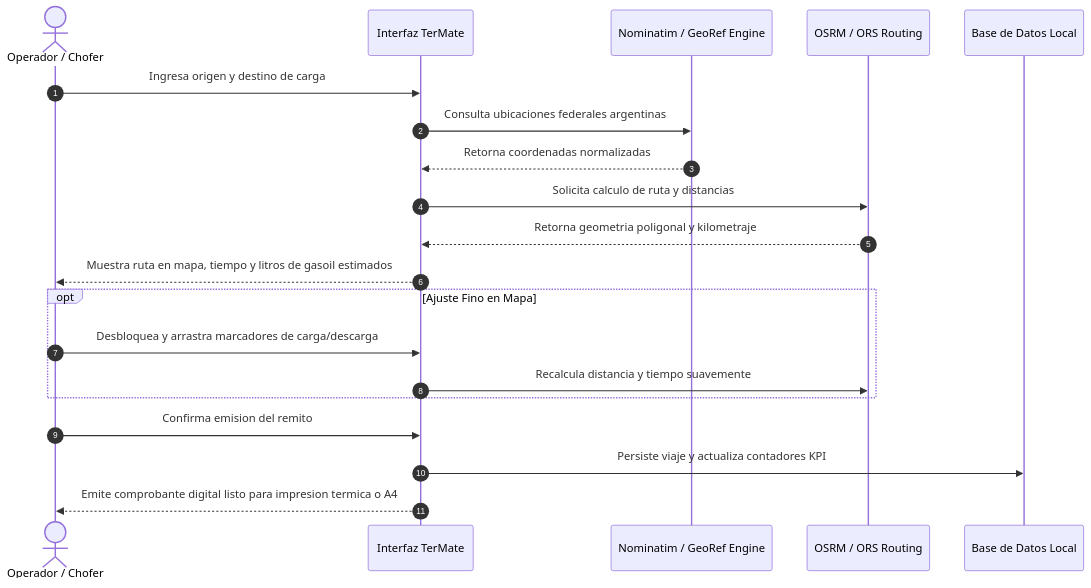
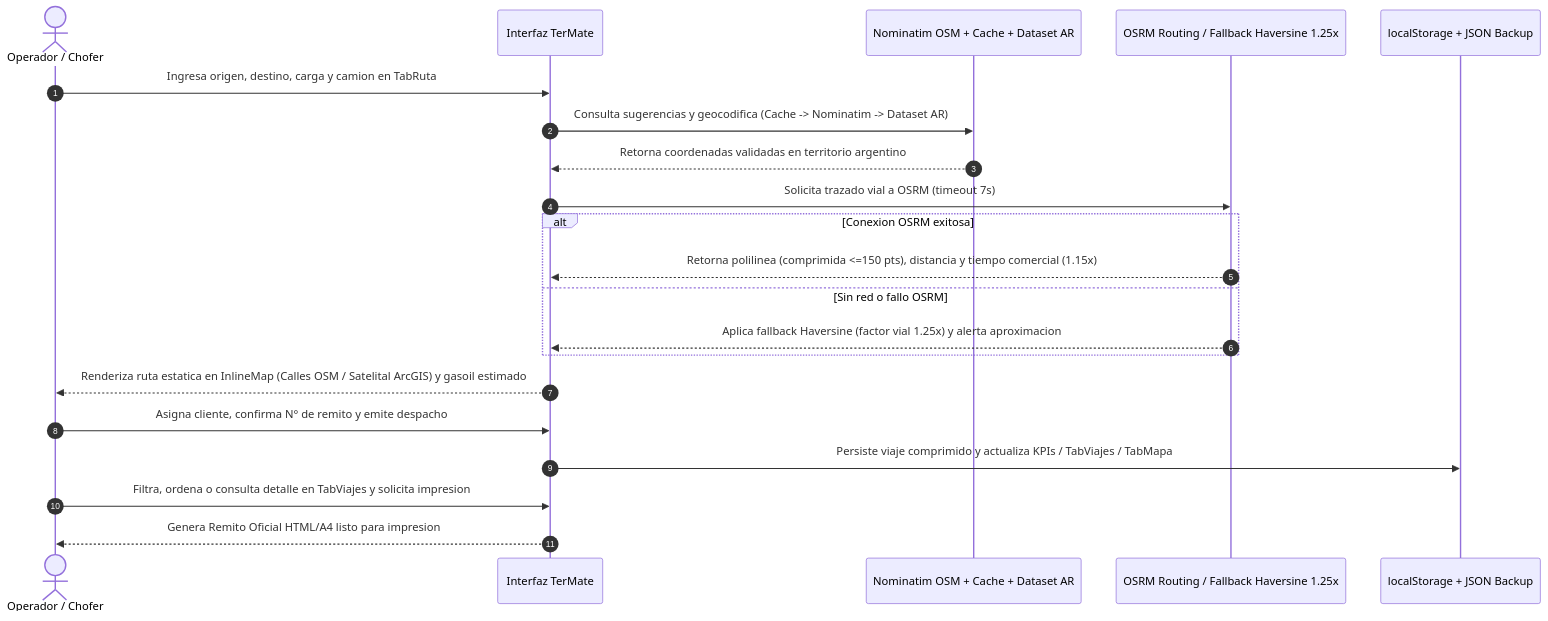
Before and after one commit to agus123e21/TerMate: the second of 4 diagrams in DESIGN.md, drawn with Mermaid. The commit also changed other lines of this file and 5 other files, not shown here.

Commit message:
feat(ui): implementar mejoras de UX, accesibilidad, backup/restore JSON y correcciones de auditoria

````diff
--- a/DESIGN.md
+++ b/DESIGN.md
@@ -50,25 +67,25 @@
 ```mermaid
 sequenceDiagram
     autonumber
     actor Operador as Operador / Chofer
     participant UI as Interfaz TerMate
-    participant GeoAPI as Nominatim / GeoRef Engine
-    participant RouteEngine as OSRM / ORS Routing
-    participant Storage as Base de Datos Local
+    participant GeoAPI as Nominatim OSM + Cache + Dataset AR
+    participant RouteEngine as OSRM Routing / Fallback Haversine 1.25x
+    participant Storage as localStorage + JSON Backup
 
-    Operador->>UI: Ingresa origen y destino de carga
-    UI->>GeoAPI: Consulta ubicaciones federales argentinas
-    GeoAPI-->>UI: Retorna coordenadas normalizadas
-    UI->>RouteEngine: Solicita calculo de ruta y distancias
-    RouteEngine-->>UI: Retorna geometria poligonal y kilometraje
-    UI-->>Operador: Muestra ruta en mapa, tiempo y litros de gasoil estimados
-    
-    opt Ajuste Fino en Mapa
-        Operador->>UI: Desbloquea y arrastra marcadores de carga/descarga
-        UI->>RouteEngine: Recalcula distancia y tiempo suavemente
+    Operador->>UI: Ingresa origen, destino, carga y camion en TabRuta
+    UI->>GeoAPI: Consulta sugerencias y geocodifica (Cache -> Nominatim -> Dataset AR)
+    GeoAPI-->>UI: Retorna coordenadas validadas en territorio argentino
+    UI->>RouteEngine: Solicita trazado vial a OSRM (timeout 7s)
+    alt Conexion OSRM exitosa
+        RouteEngine-->>UI: Retorna polilinea (comprimida <=150 pts), distancia y tiempo comercial (1.15x)
+    else Sin red o fallo OSRM
+        RouteEngine-->>UI: Aplica fallback Haversine (factor vial 1.25x) y alerta aproximacion
     end
+    UI-->>Operador: Renderiza ruta estatica en InlineMap (Calles OSM / Satelital ArcGIS) y gasoil estimado
 
-    Operador->>UI: Confirma emision del remito
-    UI->>Storage: Persiste viaje y actualiza contadores KPI
-    UI-->>Operador: Emite comprobante digital listo para impresion termica o A4
+    Operador->>UI: Asigna cliente, confirma N° de remito y emite despacho
+    UI->>Storage: Persiste viaje comprimido y actualiza KPIs / TabViajes / TabMapa
+    Operador->>UI: Filtra, ordena o consulta detalle en TabViajes y solicita impresion
+    UI-->>Operador: Genera Remito Oficial HTML/A4 listo para impresion
 ```
````
